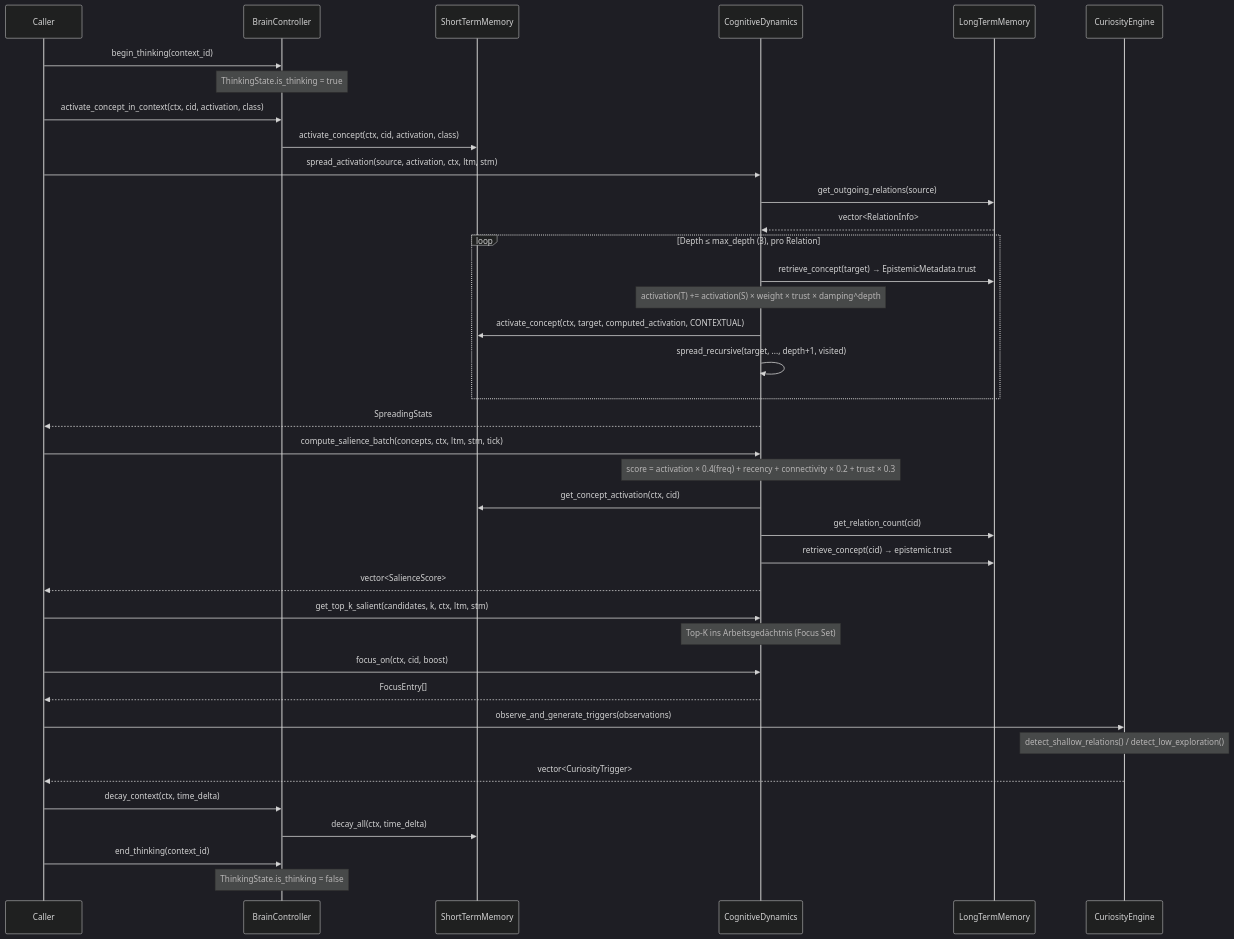
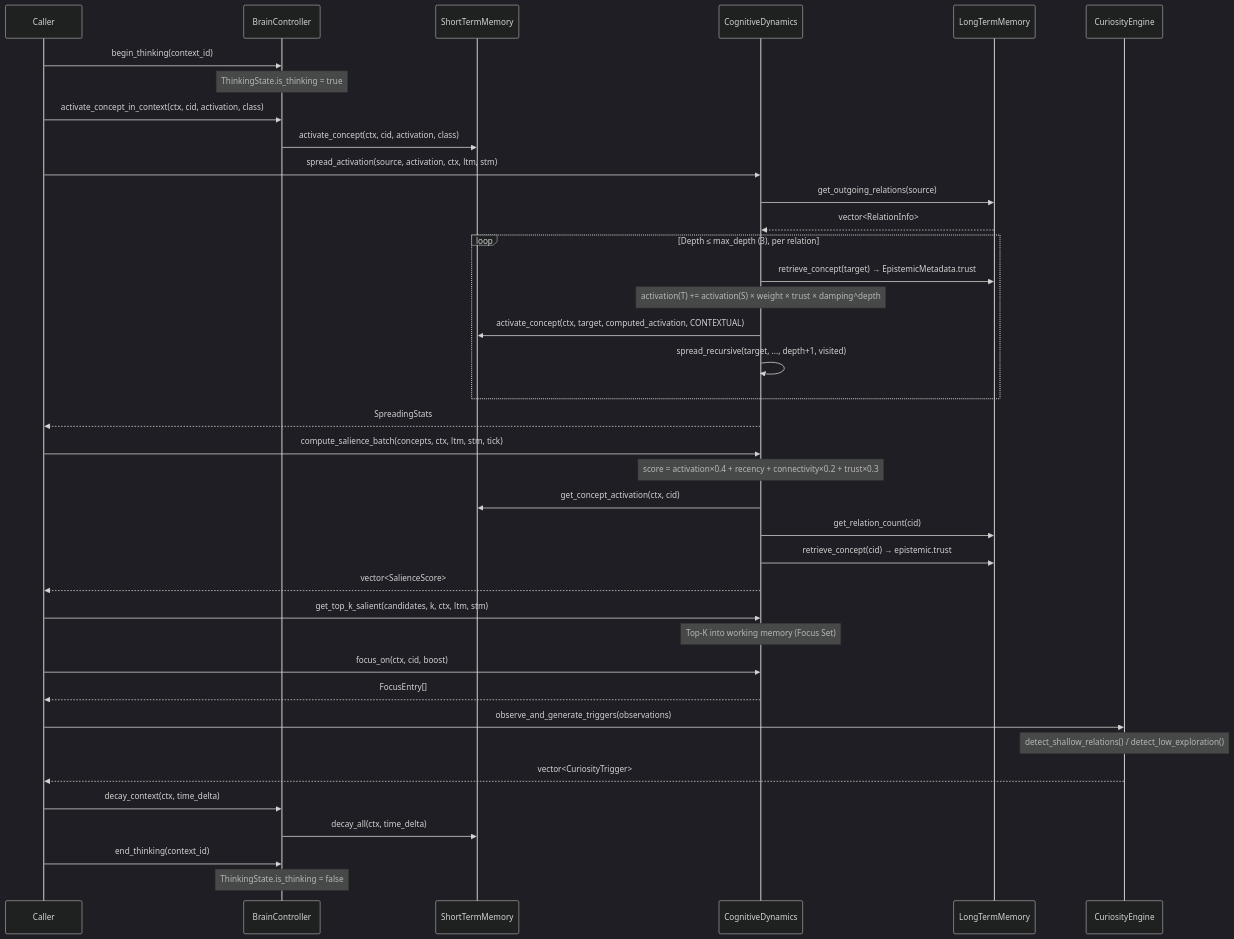
The second of 17 diagrams in docs/ARCHITECTURE_DIAGRAMS.md (LtnNoob/Brain), drawn with Mermaid (dark theme) before and after one commit. The commit also changed other lines of this file and 121 other files, not shown here.

First line of the commit message:
feat: Graph Architecture Refactor - Integration Plan implementation

````diff
--- a/docs/ARCHITECTURE_DIAGRAMS.md
+++ b/docs/ARCHITECTURE_DIAGRAMS.md
@@ -12,48 +247,48 @@
 ```mermaid
 sequenceDiagram
     participant Caller
     participant BC as BrainController
     participant STM as ShortTermMemory
     participant CD as CognitiveDynamics
     participant LTM as LongTermMemory
     participant CE as CuriosityEngine
 
     Caller->>BC: begin_thinking(context_id)
     Note over BC: ThinkingState.is_thinking = true
 
     Caller->>BC: activate_concept_in_context(ctx, cid, activation, class)
     BC->>STM: activate_concept(ctx, cid, activation, class)
 
     Caller->>CD: spread_activation(source, activation, ctx, ltm, stm)
     CD->>LTM: get_outgoing_relations(source)
     LTM-->>CD: vector<RelationInfo>
-    loop Depth ≤ max_depth (3), pro Relation
+    loop Depth ≤ max_depth (3), per relation
         CD->>LTM: retrieve_concept(target) → EpistemicMetadata.trust
         Note over CD: activation(T) += activation(S) × weight × trust × damping^depth
         CD->>STM: activate_concept(ctx, target, computed_activation, CONTEXTUAL)
         CD->>CD: spread_recursive(target, ..., depth+1, visited)
     end
     CD-->>Caller: SpreadingStats
 
     Caller->>CD: compute_salience_batch(concepts, ctx, ltm, stm, tick)
-    Note over CD: score = activation × 0.4(freq) + recency + connectivity × 0.2 + trust × 0.3
+    Note over CD: score = activation×0.4 + recency + connectivity×0.2 + trust×0.3
     CD->>STM: get_concept_activation(ctx, cid)
     CD->>LTM: get_relation_count(cid)
     CD->>LTM: retrieve_concept(cid) → epistemic.trust
     CD-->>Caller: vector<SalienceScore>
 
     Caller->>CD: get_top_k_salient(candidates, k, ctx, ltm, stm)
-    Note over CD: Top-K ins Arbeitsgedächtnis (Focus Set)
+    Note over CD: Top-K into working memory (Focus Set)
     Caller->>CD: focus_on(ctx, cid, boost)
     CD-->>Caller: FocusEntry[]
 
     Caller->>CE: observe_and_generate_triggers(observations)
     Note over CE: detect_shallow_relations() / detect_low_exploration()
     CE-->>Caller: vector<CuriosityTrigger>
 
     Caller->>BC: decay_context(ctx, time_delta)
     BC->>STM: decay_all(ctx, time_delta)
 
     Caller->>BC: end_thinking(context_id)
     Note over BC: ThinkingState.is_thinking = false
 ```
````
